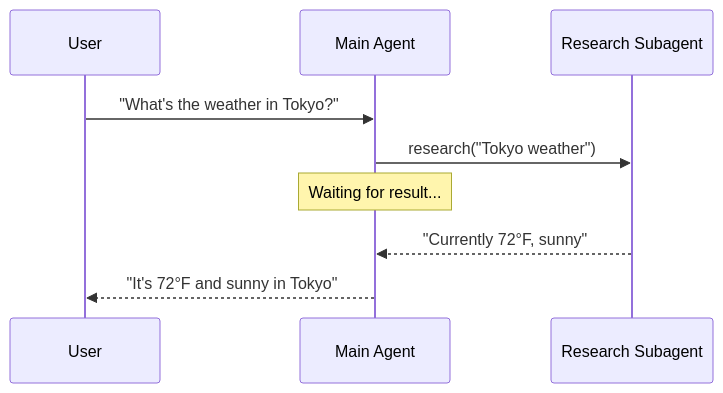
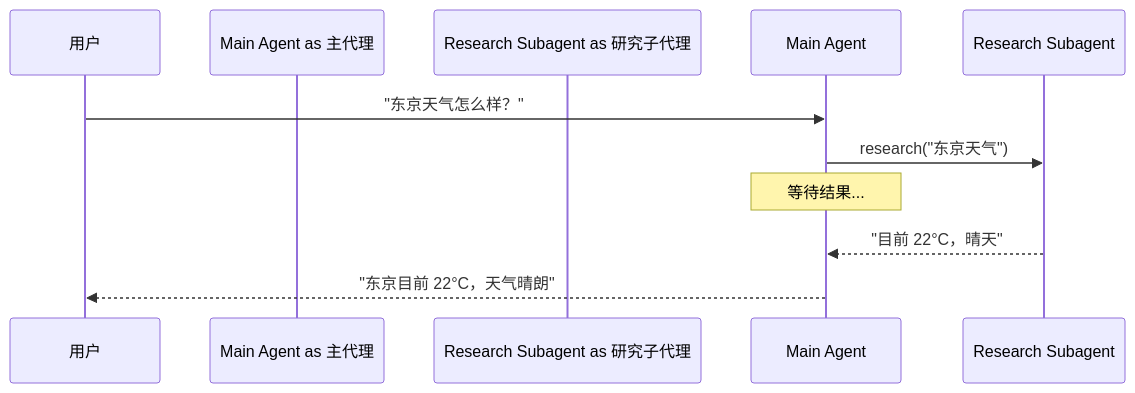
One commit to kunfan96/cndocs-langchain changed the second of 5 diagrams in oss/python/langchain/multi-agent/subagents.mdx. Above: the diagram before and after it, drawn with Mermaid. The commit also changed other lines of this file and 1450 other files, not shown here.

````diff
--- a/oss/python/langchain/multi-agent/subagents.mdx
+++ b/oss/python/langchain/multi-agent/subagents.mdx
@@ -99,12 +99,12 @@
 ```mermaid
 sequenceDiagram
-    participant User
-    participant Main Agent
-    participant Research Subagent
+    participant User as 用户
+    participant Main Agent as 主代理
+    participant Research Subagent as 研究子代理
 
-    User->>Main Agent: "What's the weather in Tokyo?"
-    Main Agent->>Research Subagent: research("Tokyo weather")
-    Note over Main Agent: Waiting for result...
-    Research Subagent-->>Main Agent: "Currently 72°F, sunny"
-    Main Agent-->>User: "It's 72°F and sunny in Tokyo"
+    User->>Main Agent: "东京天气怎么样？"
+    Main Agent->>Research Subagent: research("东京天气")
+    Note over Main Agent: 等待结果...
+    Research Subagent-->>Main Agent: "目前 22°C，晴天"
+    Main Agent-->>User: "东京目前 22°C，天气晴朗"
 ```
````
